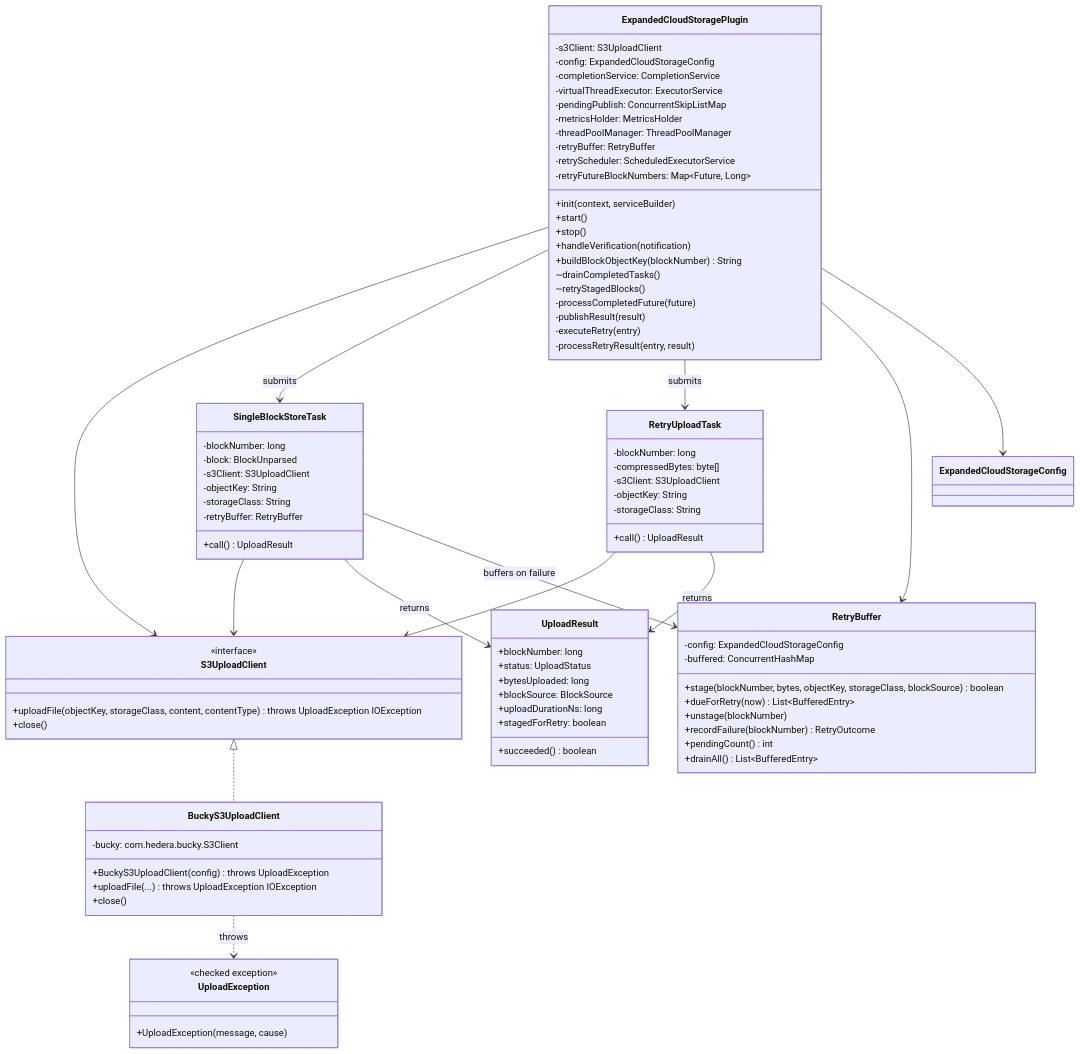
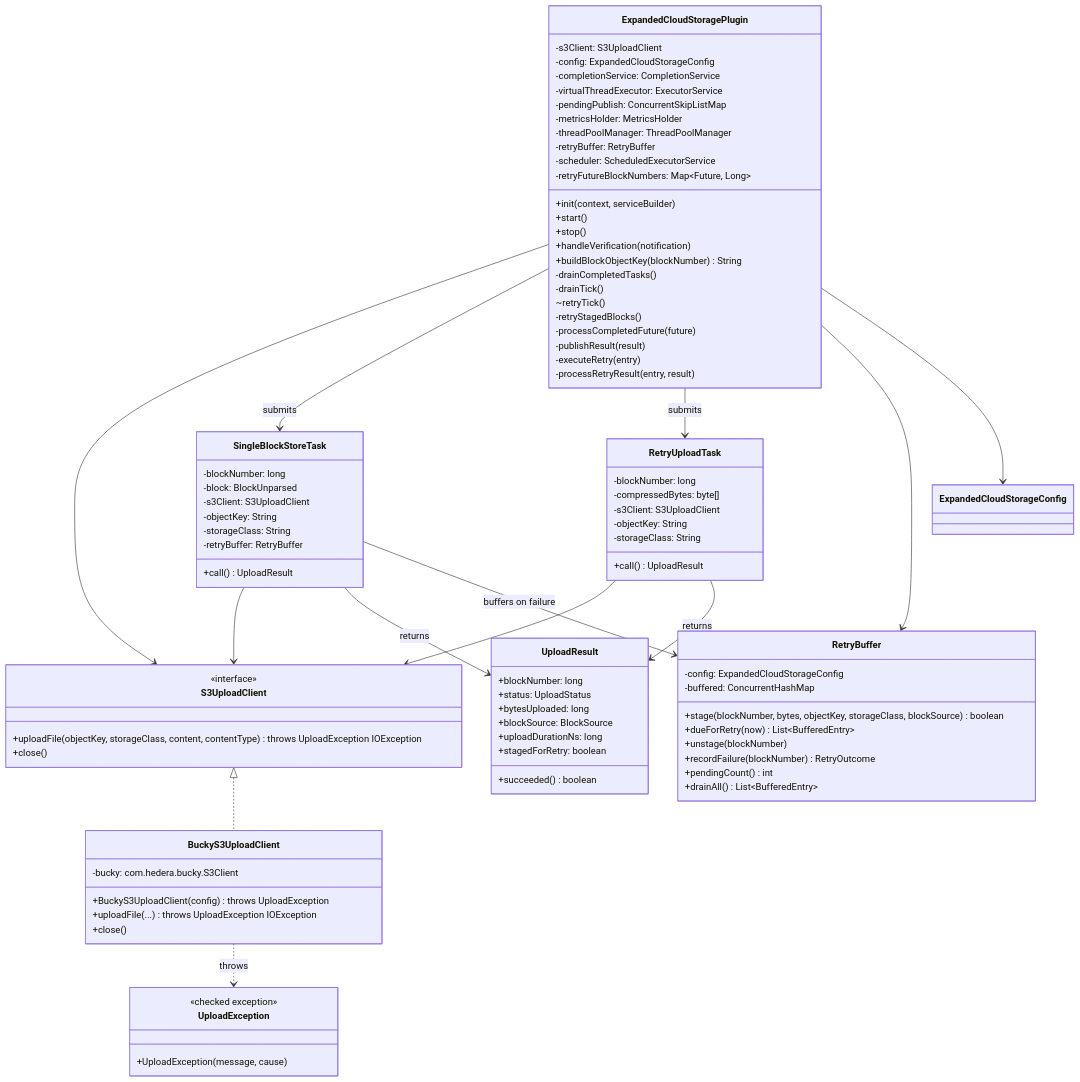
Before and after one commit to hiero-ledger/hiero-docs: the second of 2 diagrams in block-node/design/persistence/cloud-storage-expanded.md, drawn with Mermaid. The commit also changed other lines of this file and 33 other files, not shown here.

```diff
--- a/block-node/design/persistence/cloud-storage-expanded.md
+++ b/block-node/design/persistence/cloud-storage-expanded.md
@@ -402,15 +452,17 @@
         -metricsHolder: MetricsHolder
         -threadPoolManager: ThreadPoolManager
         -retryBuffer: RetryBuffer
-        -retryScheduler: ScheduledExecutorService
+        -scheduler: ScheduledExecutorService
         -retryFutureBlockNumbers: Map~Future, Long~
         +init(context, serviceBuilder)
         +start()
         +stop()
         +handleVerification(notification)
         +buildBlockObjectKey(blockNumber) String
-        ~drainCompletedTasks()
-        ~retryStagedBlocks()
+        -drainCompletedTasks()
+        -drainTick()
+        ~retryTick()
+        -retryStagedBlocks()
         -processCompletedFuture(future)
         -publishResult(result)
         -executeRetry(entry)
```
